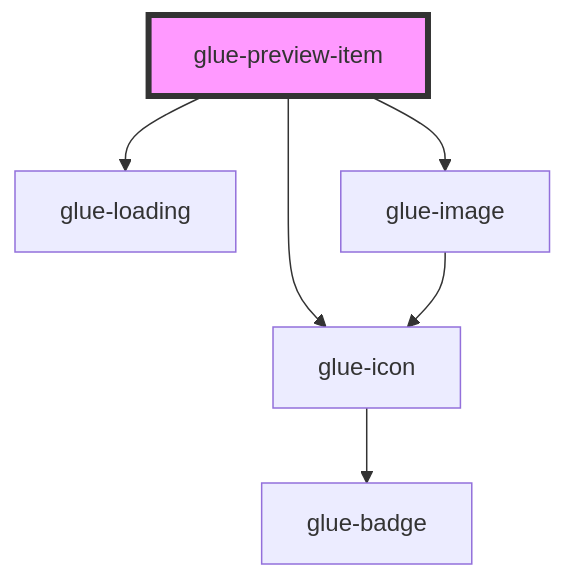
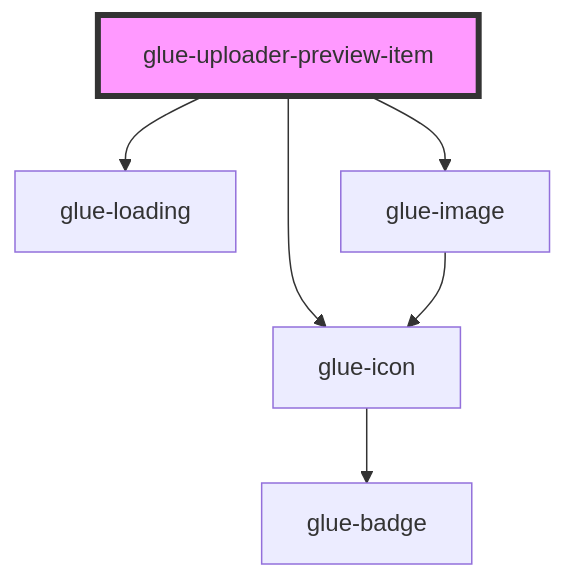
The diagram in packages/glue-components/src/components/glue-uploader-preview-item/readme.md (grasilife/glue), drawn with Mermaid before and after one commit. The commit also changed 17 other files, not shown here.

````diff
--- a/packages/glue-components/src/components/glue-uploader-preview-item/readme.md
+++ b/packages/glue-components/src/components/glue-uploader-preview-item/readme.md
@@ -31,9 +31,9 @@
 ```mermaid
 graph TD;
-  glue-preview-item --> glue-icon
-  glue-preview-item --> glue-loading
-  glue-preview-item --> glue-image
+  glue-uploader-preview-item --> glue-icon
+  glue-uploader-preview-item --> glue-loading
+  glue-uploader-preview-item --> glue-image
   glue-icon --> glue-badge
   glue-image --> glue-icon
-  style glue-preview-item fill:#f9f,stroke:#333,stroke-width:4px
+  style glue-uploader-preview-item fill:#f9f,stroke:#333,stroke-width:4px
 ```
````
